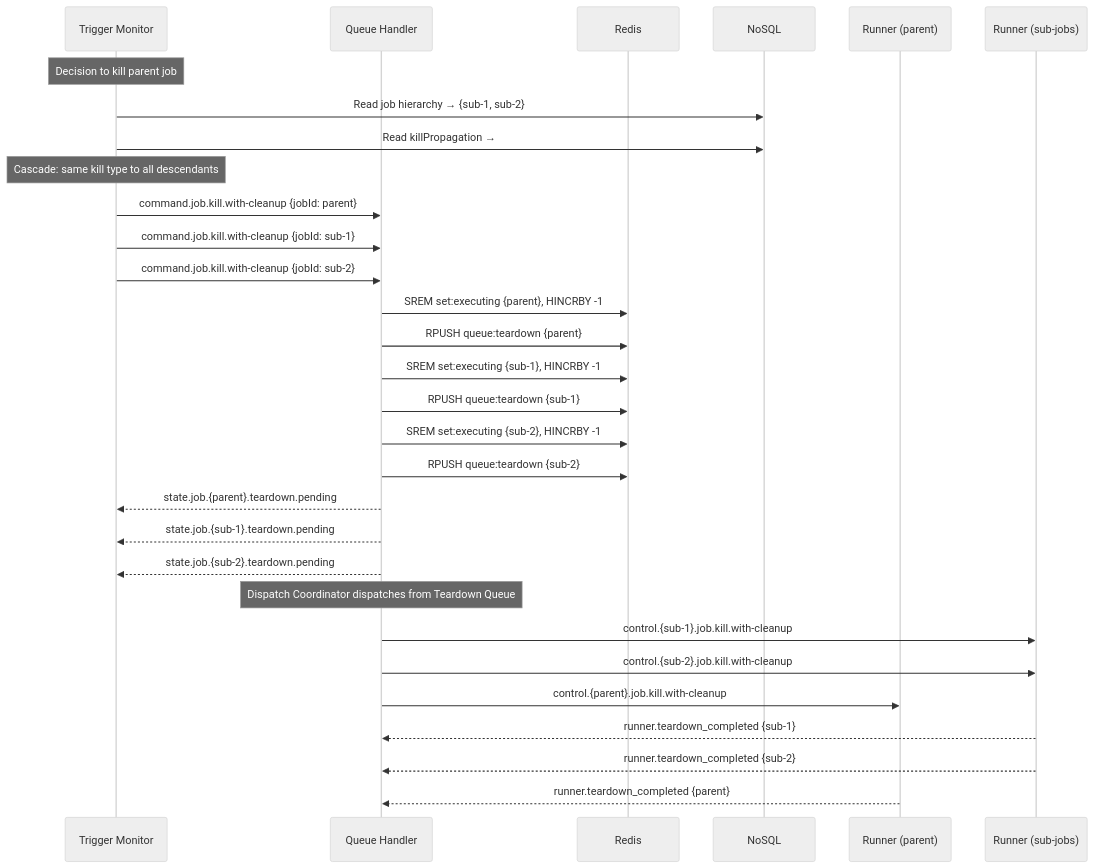
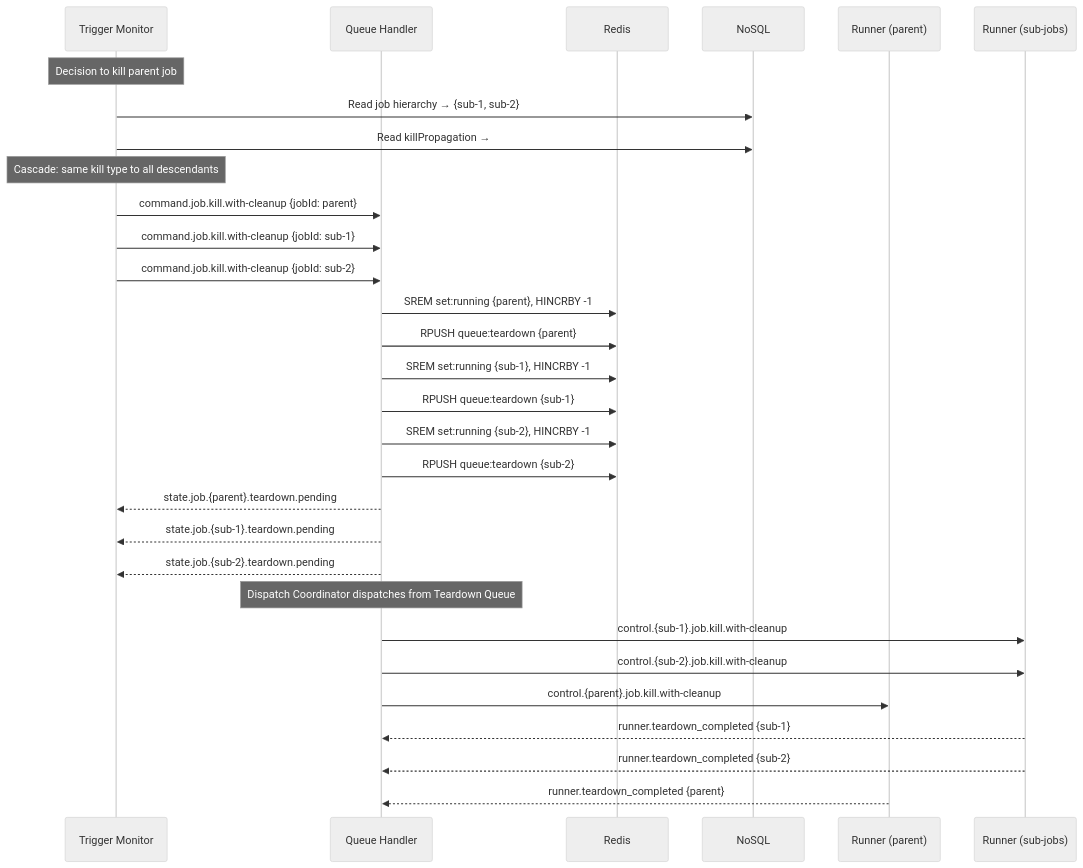
Before and after one commit to hasan-alj88/Polyglot: the third of 5 diagrams in docs/technical/plan/queue-manager/sequence-diagrams.md, drawn with Mermaid (neutral theme). The commit also changed other lines of this file and 92 other files, not shown here.

````diff
--- a/docs/technical/plan/queue-manager/sequence-diagrams.md
+++ b/docs/technical/plan/queue-manager/sequence-diagrams.md
@@ -94,40 +94,40 @@
 ```mermaid
 sequenceDiagram
     participant TM as Trigger Monitor
     participant QH as Queue Handler
     participant Redis
     participant NoSQL
     participant Runner as Runner (parent)
     participant SubRunner as Runner (sub-jobs)
 
     Note over TM: Decision to kill parent job
     TM->>NoSQL: Read job hierarchy → {sub-1, sub-2}
     TM->>NoSQL: Read killPropagation → #Cascade
 
     Note over TM: Cascade: same kill type to all descendants
     TM->>QH: command.job.kill.with-cleanup {jobId: parent}
     TM->>QH: command.job.kill.with-cleanup {jobId: sub-1}
     TM->>QH: command.job.kill.with-cleanup {jobId: sub-2}
 
-    QH->>Redis: SREM set:executing {parent}, HINCRBY -1
+    QH->>Redis: SREM set:running {parent}, HINCRBY -1
     QH->>Redis: RPUSH queue:teardown {parent}
     
-    QH->>Redis: SREM set:executing {sub-1}, HINCRBY -1
+    QH->>Redis: SREM set:running {sub-1}, HINCRBY -1
     QH->>Redis: RPUSH queue:teardown {sub-1}
 
-    QH->>Redis: SREM set:executing {sub-2}, HINCRBY -1
+    QH->>Redis: SREM set:running {sub-2}, HINCRBY -1
     QH->>Redis: RPUSH queue:teardown {sub-2}
 
     QH-->>TM: state.job.{parent}.teardown.pending
     QH-->>TM: state.job.{sub-1}.teardown.pending
     QH-->>TM: state.job.{sub-2}.teardown.pending
 
     Note over QH: Dispatch Coordinator dispatches from Teardown Queue
     QH->>SubRunner: control.{sub-1}.job.kill.with-cleanup
     QH->>SubRunner: control.{sub-2}.job.kill.with-cleanup
     QH->>Runner: control.{parent}.job.kill.with-cleanup
 
     SubRunner-->>QH: runner.teardown_completed {sub-1}
     SubRunner-->>QH: runner.teardown_completed {sub-2}
     Runner-->>QH: runner.teardown_completed {parent}
 ```
````
